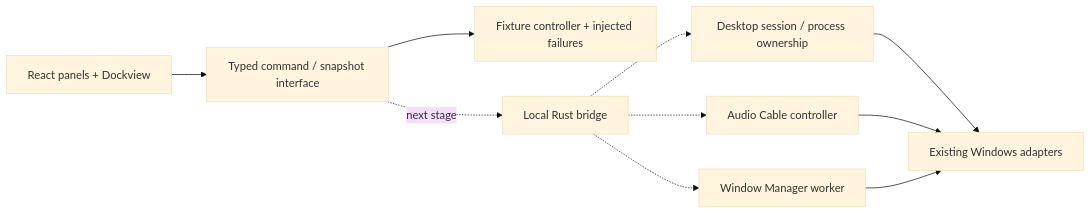
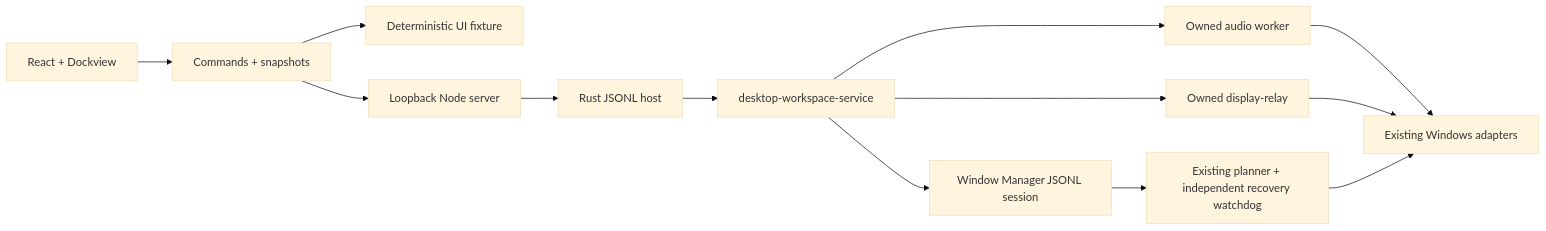
The diagram in docs/desktop-workspace.md (ai-slops/desktop-environment), drawn with Mermaid (base theme) before and after one commit. The commit also changed other lines of this file and 14 other files, not shown here.

Commit message:
feat(workspace): ship native control panels and Windows launcher

````diff
--- a/docs/desktop-workspace.md
+++ b/docs/desktop-workspace.md
@@ -29,12 +9,15 @@
 ```mermaid
 flowchart LR
-    UI[React panels + Dockview] --> Contract[Typed command / snapshot interface]
-    Contract --> Fixture[Fixture controller + injected failures]
-    Contract -. next stage .-> Bridge[Local Rust bridge]
-    Bridge -.-> Session[Desktop session / process ownership]
-    Bridge -.-> Cable[Audio Cable controller]
-    Bridge -.-> Manager[Window Manager worker]
-    Session --> Native[Existing Windows adapters]
-    Cable --> Native
-    Manager --> Native
+    UI[React + Dockview] --> Contract[Commands + snapshots]
+    Contract --> Fixture[Deterministic UI fixture]
+    Contract --> HTTP[Loopback Node server]
+    HTTP --> Host[Rust JSONL host]
+    Host --> Service[desktop-workspace-service]
+    Service --> Audio[Owned audio worker]
+    Service --> Mirror[Owned display-relay]
+    Service --> Session[Window Manager JSONL session]
+    Audio --> Native[Existing Windows adapters]
+    Mirror --> Native
+    Session --> Core[Existing planner + independent recovery watchdog]
+    Core --> Native
 ```
````
